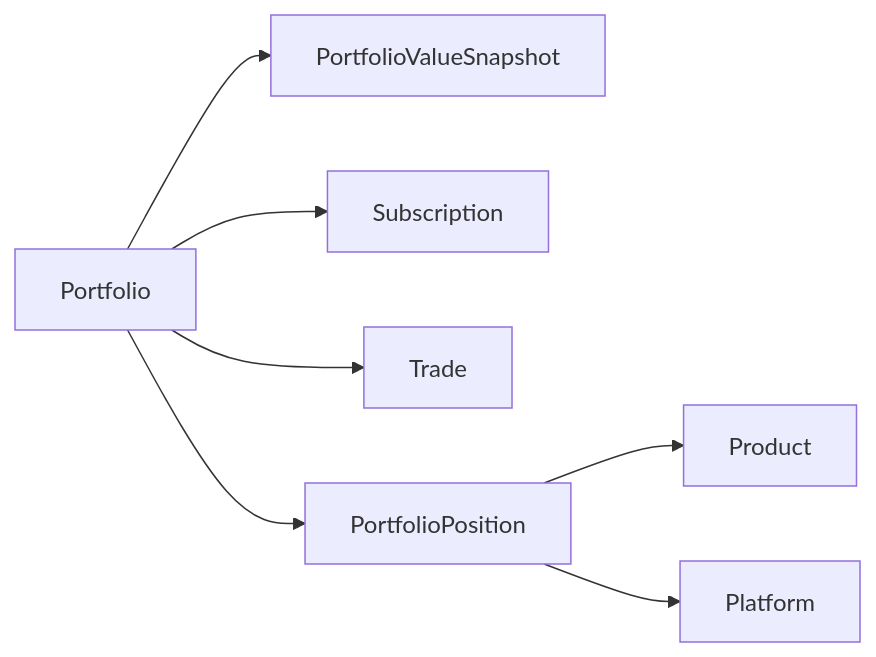
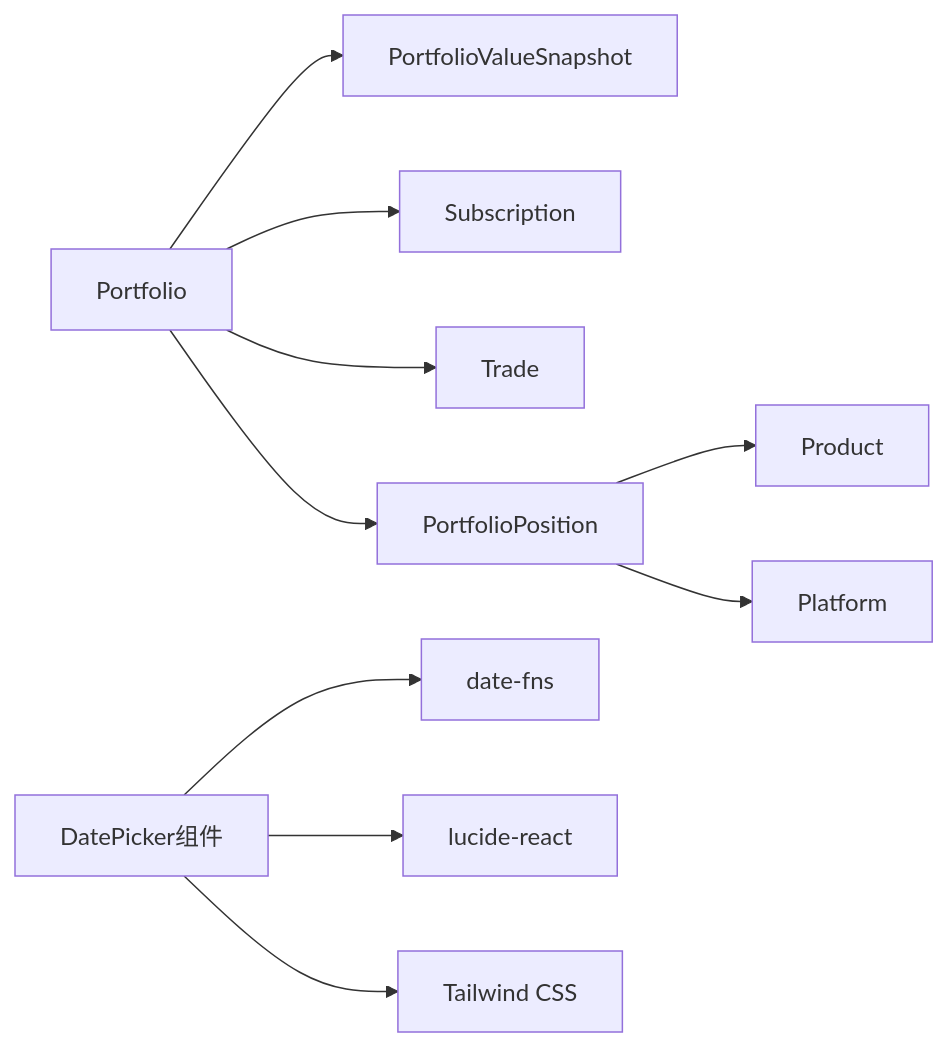
The fourth of 4 diagrams in .qoder/repowiki/zh/content/后端API文档/投资组合管理API.md (gujialind/InvestRing), drawn with Mermaid before and after one commit. The commit also changed other lines of this file and 97 other files, not shown here.

````diff
--- a/.qoder/repowiki/zh/content/后端API文档/投资组合管理API.md
+++ b/.qoder/repowiki/zh/content/后端API文档/投资组合管理API.md
@@ -361,9 +450,12 @@
 ```mermaid
 graph LR
 PORT["Portfolio"] --> SNAP["PortfolioValueSnapshot"]
 PORT --> SUB["Subscription"]
 PORT --> TRADE["Trade"]
 PORT --> POS["PortfolioPosition"]
 POS --> PRD["Product"]
 POS --> PLAT["Platform"]
+DP["DatePicker组件"] --> DATEFNS["date-fns"]
+DP --> LUCIDE["lucide-react"]
+DP --> TAILWIND["Tailwind CSS"]
 ```
````
